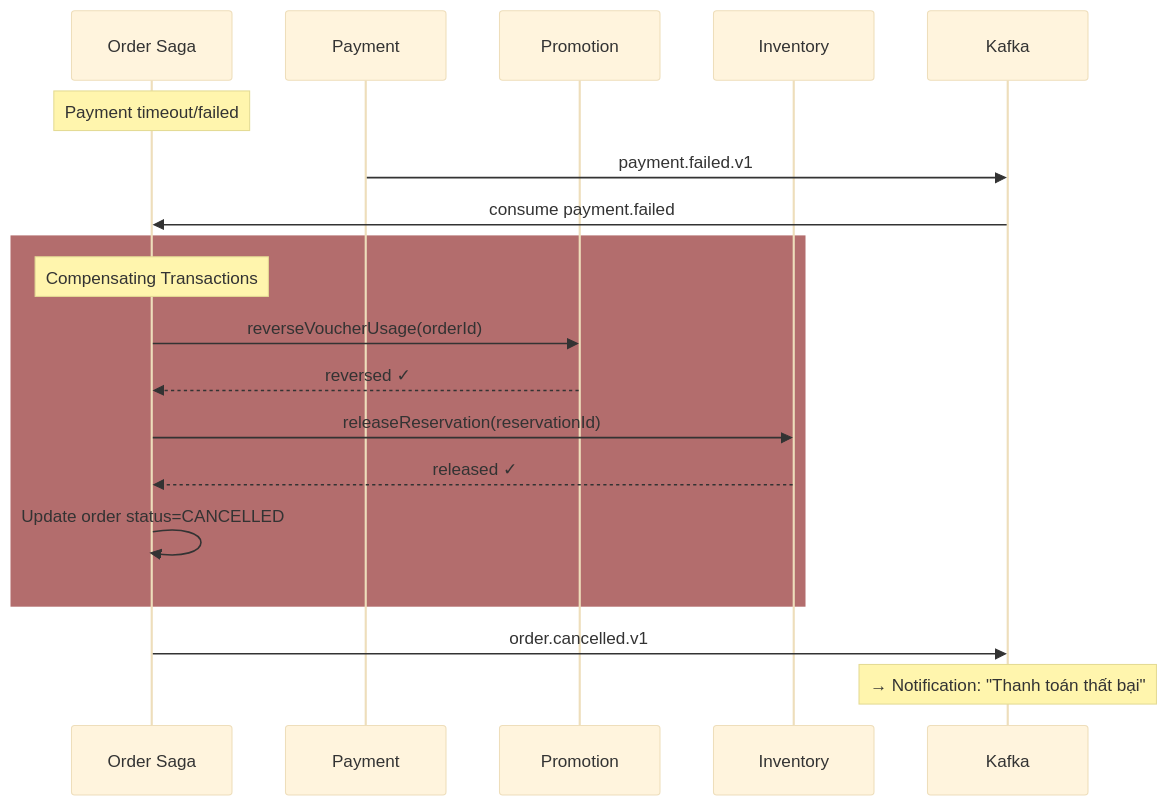
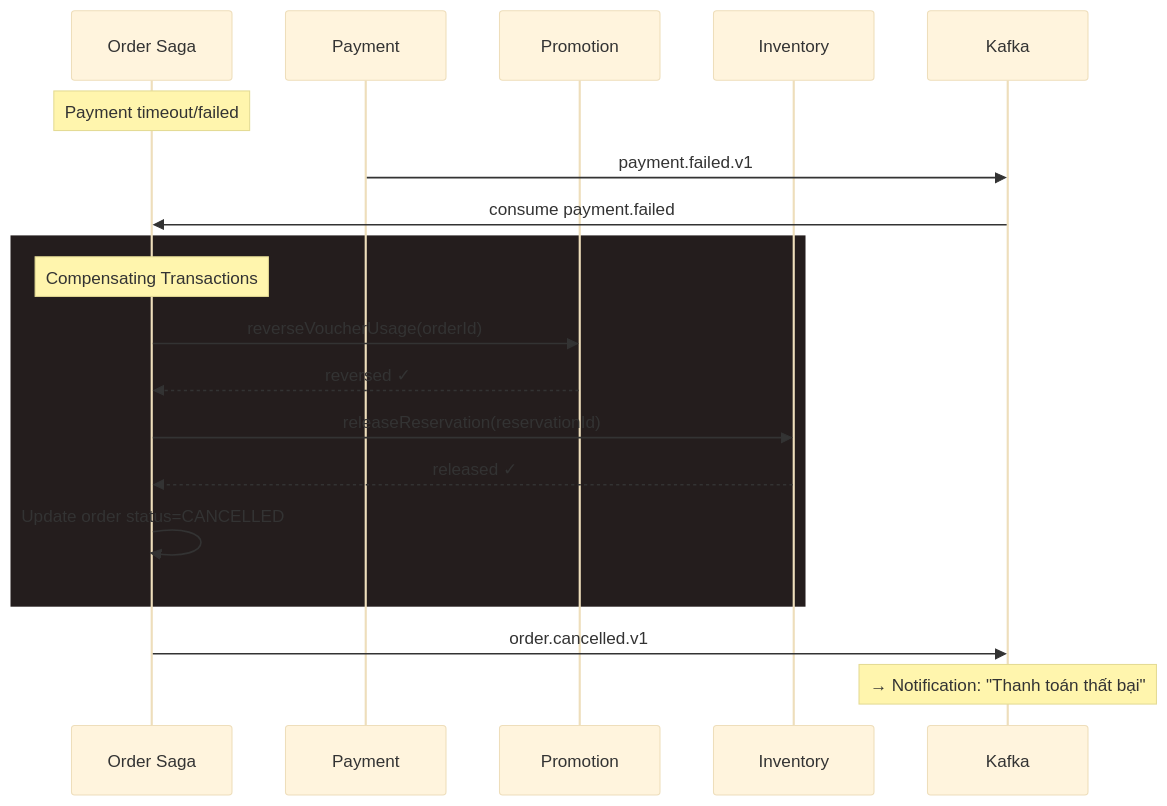
The ninth of 18 diagrams in 25-case-study-ecommerce.md (vanhiep99w/microservice-learn), drawn with Mermaid (base theme) before and after one commit. The commit also changed other lines of this file, not shown here.

````diff
--- a/25-case-study-ecommerce.md
+++ b/25-case-study-ecommerce.md
@@ -923,24 +1080,24 @@
 ```mermaid
 sequenceDiagram
     participant OS as Order Saga
     participant PAY as Payment
     participant PRM as Promotion
     participant INV as Inventory
     participant K as Kafka
 
     Note over OS: Payment timeout/failed
     PAY->>K: payment.failed.v1
     K->>OS: consume payment.failed
     
-    rect rgb(179, 109, 109)
+    rect rgb(36, 29, 29)
         Note over OS: Compensating Transactions
         OS->>PRM: reverseVoucherUsage(orderId)
         PRM-->>OS: reversed ✓
         OS->>INV: releaseReservation(reservationId)
         INV-->>OS: released ✓
         OS->>OS: Update order status=CANCELLED
     end
     
     OS->>K: order.cancelled.v1
     Note over K: → Notification: "Thanh toán thất bại"
 ```
````
